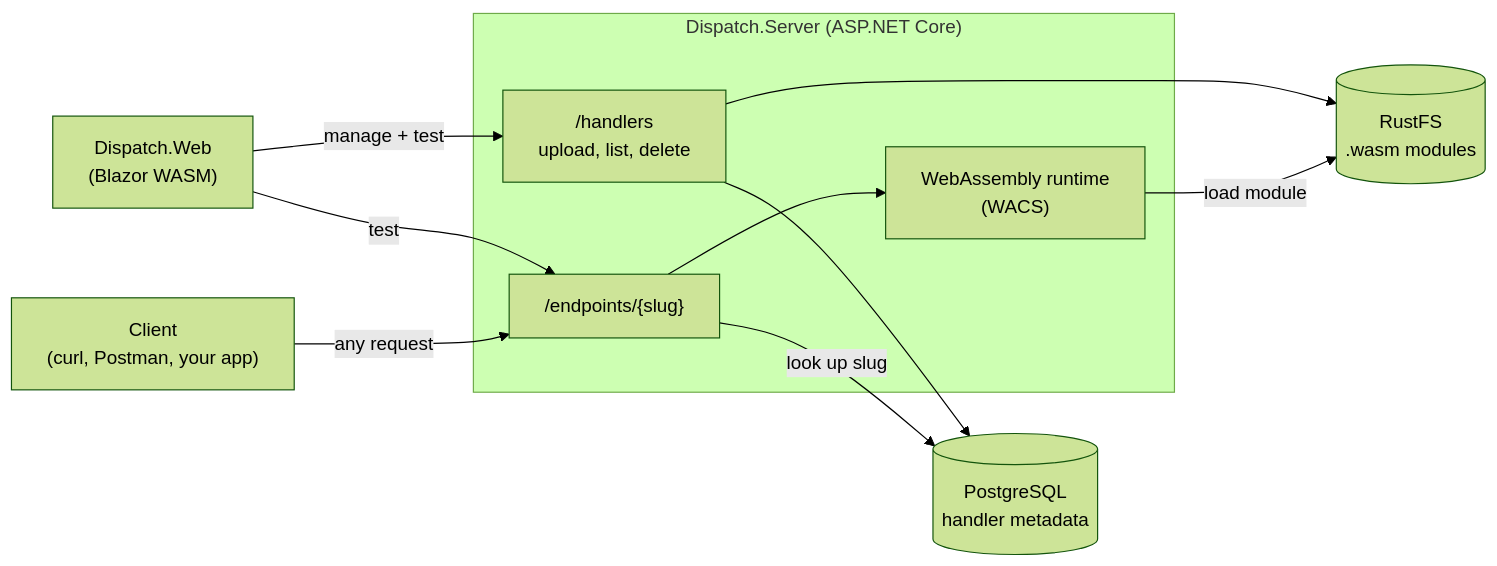
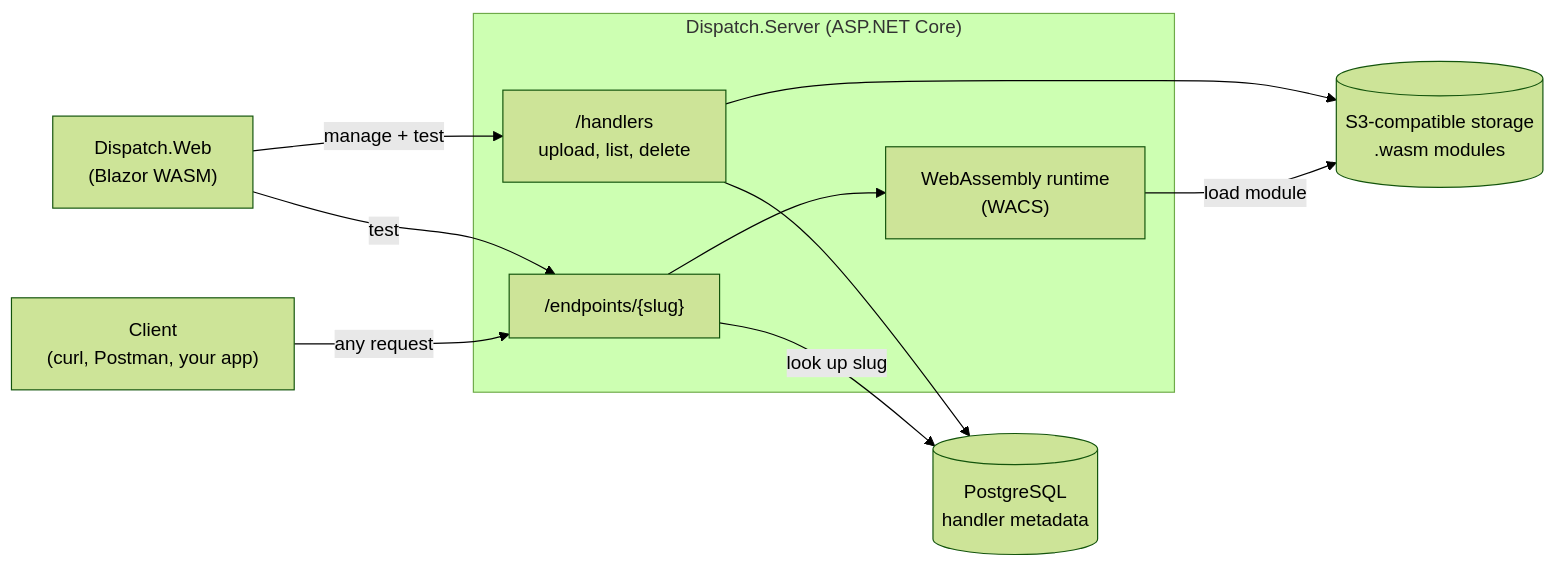
Before and after one commit to peter-mghendi/dispatch: the diagram in README.md, drawn with Mermaid (forest theme). The commit also changed other lines of this file and 1 other file, not shown here.

````diff
--- a/README.md
+++ b/README.md
@@ -38,24 +38,24 @@
 ```mermaid
 flowchart LR
     Client["Client <br> (curl, Postman, your app)"]
     Web["Dispatch.Web <br> (Blazor WASM)"]
 
     subgraph Server["Dispatch.Server (ASP.NET Core)"]
         API["/handlers <br> upload, list, delete"]
         Invoke["/endpoints/{slug}"]
         Runtime["WebAssembly runtime <br> (WACS)"]
     end
 
     DB[("PostgreSQL <br> handler metadata")]
-    S3[("RustFS <br> .wasm modules")]
+    S3[("S3-compatible storage <br> .wasm modules")]
 
     Web -->|manage + test| API
     Web -->|test| Invoke
     Client -->|any request| Invoke
 
     API --> DB
     API --> S3
     Invoke -->|look up slug| DB
     Invoke --> Runtime
     Runtime -->|load module| S3
 ```
````
